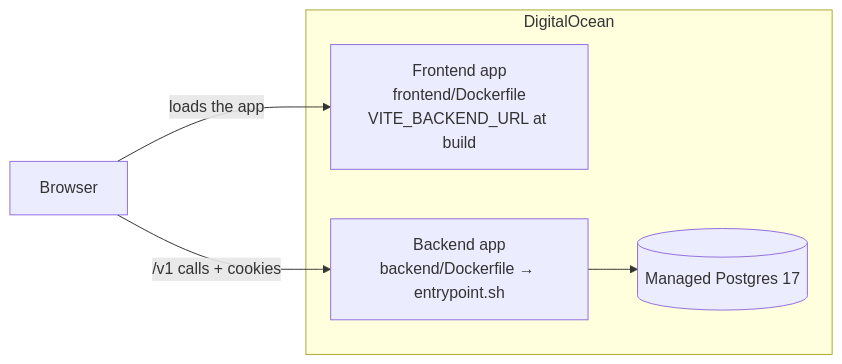
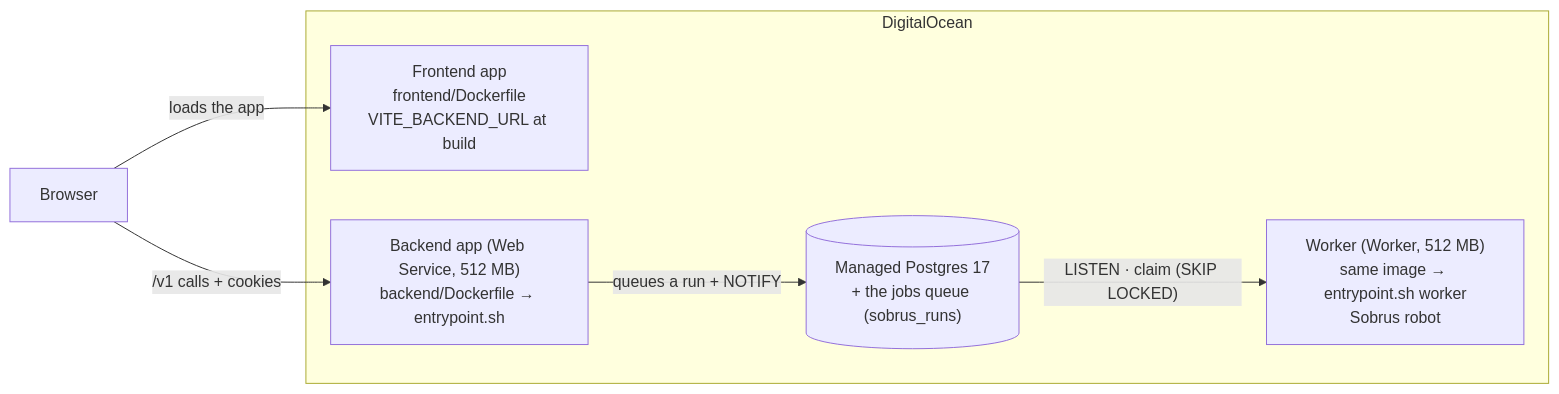
One commit to ura-computing/ura-posix changed diagram 17 of 18 in README.md. Above: the diagram before and after it, drawn with Mermaid. The commit also changed other lines of this file and 18 other files, not shown here.

Commit message:
feat(sobrus): robot in its own DO worker (Postgres queue), streaming imports, DO-limits test stack; fix margin total rounding

````diff
--- a/README.md
+++ b/README.md
@@ -706,12 +706,14 @@
 ```mermaid
 flowchart LR
   U["Browser"]
   subgraph DO["DigitalOcean"]
     FE["Frontend app<br/>frontend/Dockerfile<br/>VITE_BACKEND_URL at build"]
-    BE["Backend app<br/>backend/Dockerfile → entrypoint.sh"]
-    PG[("Managed Postgres 17")]
+    BE["Backend app (Web Service, 512 MB)<br/>backend/Dockerfile → entrypoint.sh"]
+    WK["Worker (Worker, 512 MB)<br/>same image → entrypoint.sh worker<br/>Sobrus robot"]
+    PG[("Managed Postgres 17<br/>+ the jobs queue (sobrus_runs)")]
   end
   U -- "loads the app" --> FE
   U -- "/v1 calls + cookies" --> BE
-  BE --> PG
+  BE -- "queues a run + NOTIFY" --> PG
+  PG -- "LISTEN · claim (SKIP LOCKED)" --> WK
 ```
````
